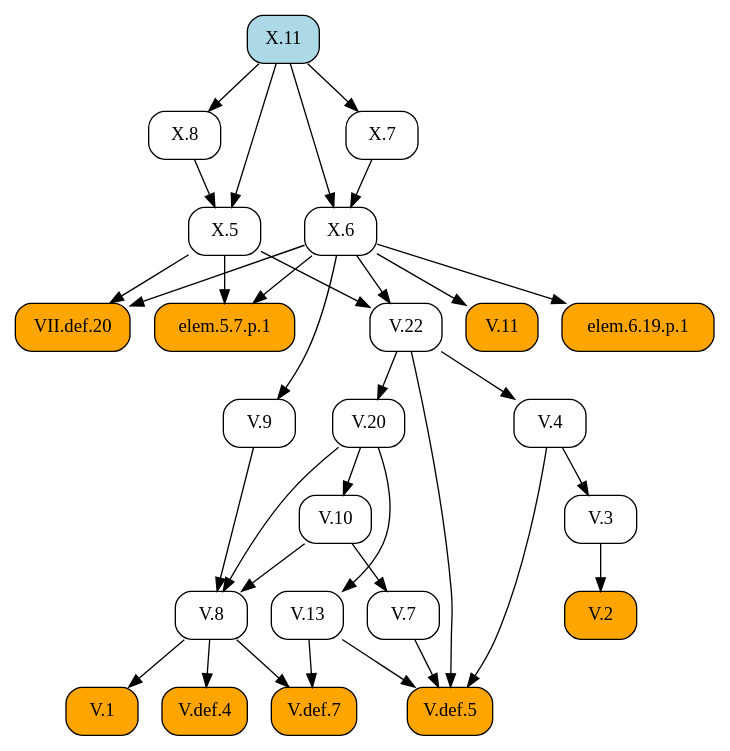
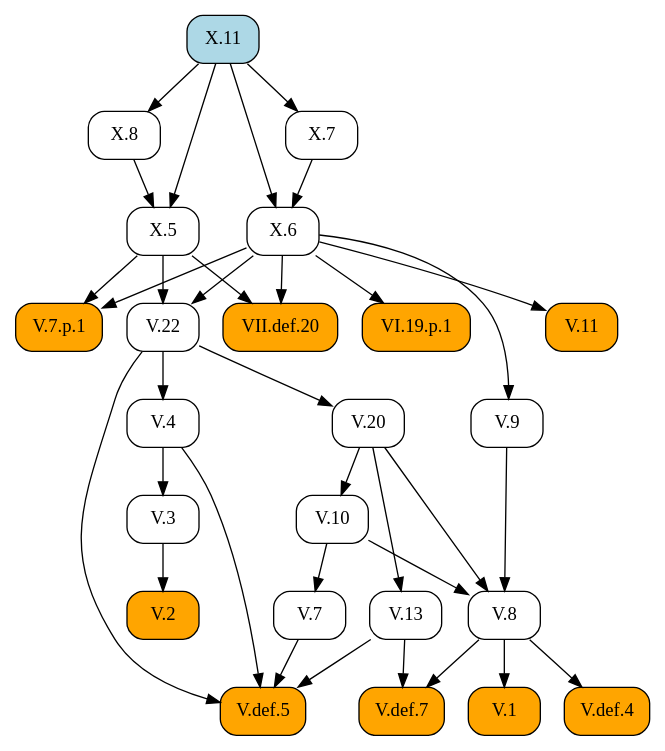
One commit to geometor/elements changed the diagram in docsrc/heath/X/11/index.rst. Above: the diagram before and after it, drawn with Graphviz. The commit also changed 484 other files, not shown here.

```diff
--- a/docsrc/heath/X/11/index.rst
+++ b/docsrc/heath/X/11/index.rst
@@ -38,62 +38,62 @@
 .. graphviz::
 
    digraph {
      rankdir="TB";
      node [shape=box, style=rounded];
+     "V.2" [style="rounded,filled", fillcolor=orange, URL="/heath/V/2/", target="_top"];
+     "X.11" [style="rounded,filled", fillcolor=lightblue, URL="/heath/X/11/", target="_top"];
+     "V.def.7" [style="rounded,filled", fillcolor=orange, URL="/heath/V/def.7/", target="_top"];
+     "V.13" [URL="/heath/V/13/", target="_top"];
+     "V.3" [URL="/heath/V/3/", target="_top"];
+     "V.7" [URL="/heath/V/7/", target="_top"];
+     "V.7.p.1" [style="rounded,filled", fillcolor=orange];
+     "X.8" [URL="/heath/X/8/", target="_top"];
+     "X.5" [URL="/heath/X/5/", target="_top"];
+     "VI.19.p.1" [style="rounded,filled", fillcolor=orange];
+     "V.def.5" [style="rounded,filled", fillcolor=orange, URL="/heath/V/def.5/", target="_top"];
+     "X.6" [URL="/heath/X/6/", target="_top"];
+     "V.9" [URL="/heath/V/9/", target="_top"];
      "V.8" [URL="/heath/V/8/", target="_top"];
-     "V.def.5" [style="rounded,filled", fillcolor=orange, URL="/heath/V/def.5/", target="_top"];
+     "V.10" [URL="/heath/V/10/", target="_top"];
+     "X.7" [URL="/heath/X/7/", target="_top"];
+     "V.4" [URL="/heath/V/4/", target="_top"];
      "V.22" [URL="/heath/V/22/", target="_top"];
-     "V.4" [URL="/heath/V/4/", target="_top"];
-     "elem.5.7.p.1" [style="rounded,filled", fillcolor=orange];
-     "X.6" [URL="/heath/X/6/", target="_top"];
+     "V.1" [style="rounded,filled", fillcolor=orange, URL="/heath/V/1/", target="_top"];
      "V.20" [URL="/heath/V/20/", target="_top"];
-     "V.10" [URL="/heath/V/10/", target="_top"];
-     "V.13" [URL="/heath/V/13/", target="_top"];
-     "X.8" [URL="/heath/X/8/", target="_top"];
      "V.11" [style="rounded,filled", fillcolor=orange, URL="/heath/V/11/", target="_top"];
-     "V.1" [style="rounded,filled", fillcolor=orange, URL="/heath/V/1/", target="_top"];
-     "X.5" [URL="/heath/X/5/", target="_top"];
-     "V.7" [URL="/heath/V/7/", target="_top"];
-     "X.11" [style="rounded,filled", fillcolor=lightblue, URL="/heath/X/11/", target="_top"];
-     "V.9" [URL="/heath/V/9/", target="_top"];
+     "VII.def.20" [style="rounded,filled", fillcolor=orange, URL="/heath/VII/def.20/", target="_top"];
      "V.def.4" [style="rounded,filled", fillcolor=orange, URL="/heath/V/def.4/", target="_top"];
-     "V.2" [style="rounded,filled", fillcolor=orange, URL="/heath/V/2/", target="_top"];
-     "V.3" [URL="/heath/V/3/", target="_top"];
-     "V.def.7" [style="rounded,filled", fillcolor=orange, URL="/heath/V/def.7/", target="_top"];
-     "X.7" [URL="/heath/X/7/", target="_top"];
-     "VII.def.20" [style="rounded,filled", fillcolor=orange, URL="/heath/VII/def.20/", target="_top"];
-     "elem.6.19.p.1" [style="rounded,filled", fillcolor=orange];
-     "V.9" -> "V.8";
-     "V.10" -> "V.8";
-     "V.20" -> "V.8";
+     "V.3" -> "V.2";
+     "V.8" -> "V.def.7";
+     "V.13" -> "V.def.7";
+     "V.20" -> "V.13";
+     "V.4" -> "V.3";
+     "V.10" -> "V.7";
+     "X.5" -> "V.7.p.1";
+     "X.6" -> "V.7.p.1";
+     "X.11" -> "X.8";
+     "X.8" -> "X.5";
+     "X.11" -> "X.5";
+     "X.6" -> "VI.19.p.1";
      "V.4" -> "V.def.5";
      "V.7" -> "V.def.5";
      "V.13" -> "V.def.5";
      "V.22" -> "V.def.5";
+     "X.7" -> "X.6";
+     "X.11" -> "X.6";
+     "X.6" -> "V.9";
+     "V.9" -> "V.8";
+     "V.10" -> "V.8";
+     "V.20" -> "V.8";
+     "V.20" -> "V.10";
+     "X.11" -> "X.7";
+     "V.22" -> "V.4";
      "X.5" -> "V.22";
      "X.6" -> "V.22";
-     "V.22" -> "V.4";
-     "X.5" -> "elem.5.7.p.1";
-     "X.6" -> "elem.5.7.p.1";
-     "X.7" -> "X.6";
-     "X.11" -> "X.6";
+     "V.8" -> "V.1";
      "V.22" -> "V.20";
-     "V.20" -> "V.10";
-     "V.20" -> "V.13";
-     "X.11" -> "X.8";
      "X.6" -> "V.11";
-     "V.8" -> "V.1";
-     "X.8" -> "X.5";
-     "X.11" -> "X.5";
-     "V.10" -> "V.7";
-     "X.6" -> "V.9";
-     "V.8" -> "V.def.4";
-     "V.3" -> "V.2";
-     "V.4" -> "V.3";
-     "V.8" -> "V.def.7";
-     "V.13" -> "V.def.7";
-     "X.11" -> "X.7";
      "X.5" -> "VII.def.20";
      "X.6" -> "VII.def.20";
-     "X.6" -> "elem.6.19.p.1";
+     "V.8" -> "V.def.4";
    }
```
